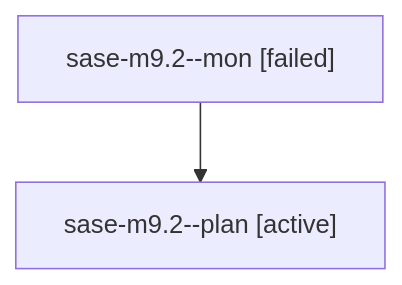
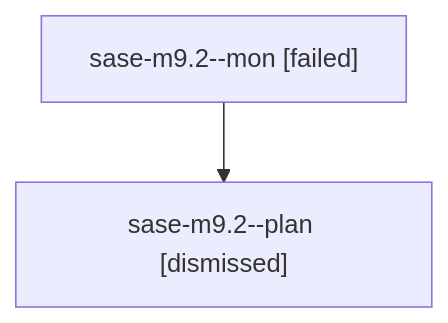
One commit to sase-org/sase--agents changed the diagram in sessions/bbugyi200.athena.sase-m9.2.md. Above: the diagram before and after it, drawn with Mermaid. The commit also changed other lines of this file and 218 other files, not shown here.

````diff
--- a/sessions/bbugyi200.athena.sase-m9.2.md
+++ b/sessions/bbugyi200.athena.sase-m9.2.md
@@ -9,6 +9,6 @@
 ```mermaid
 flowchart TD
   n0["sase-m9.2--mon [failed]"]
-  n1["sase-m9.2--plan [active]"]
+  n1["sase-m9.2--plan [dismissed]"]
   n0 --> n1
 ```
````
